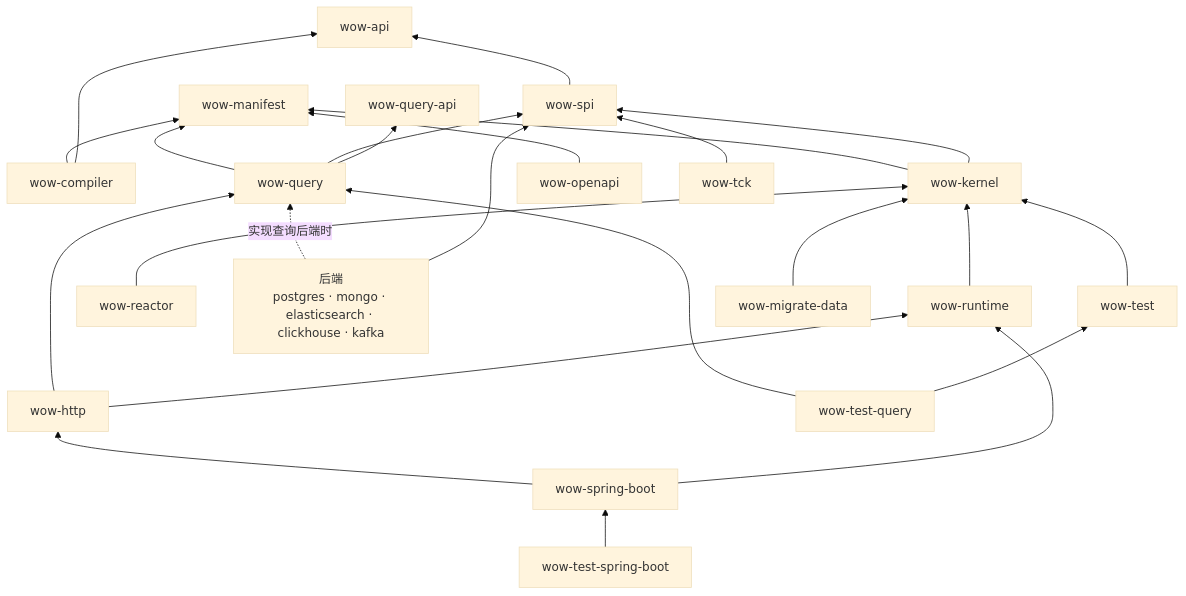
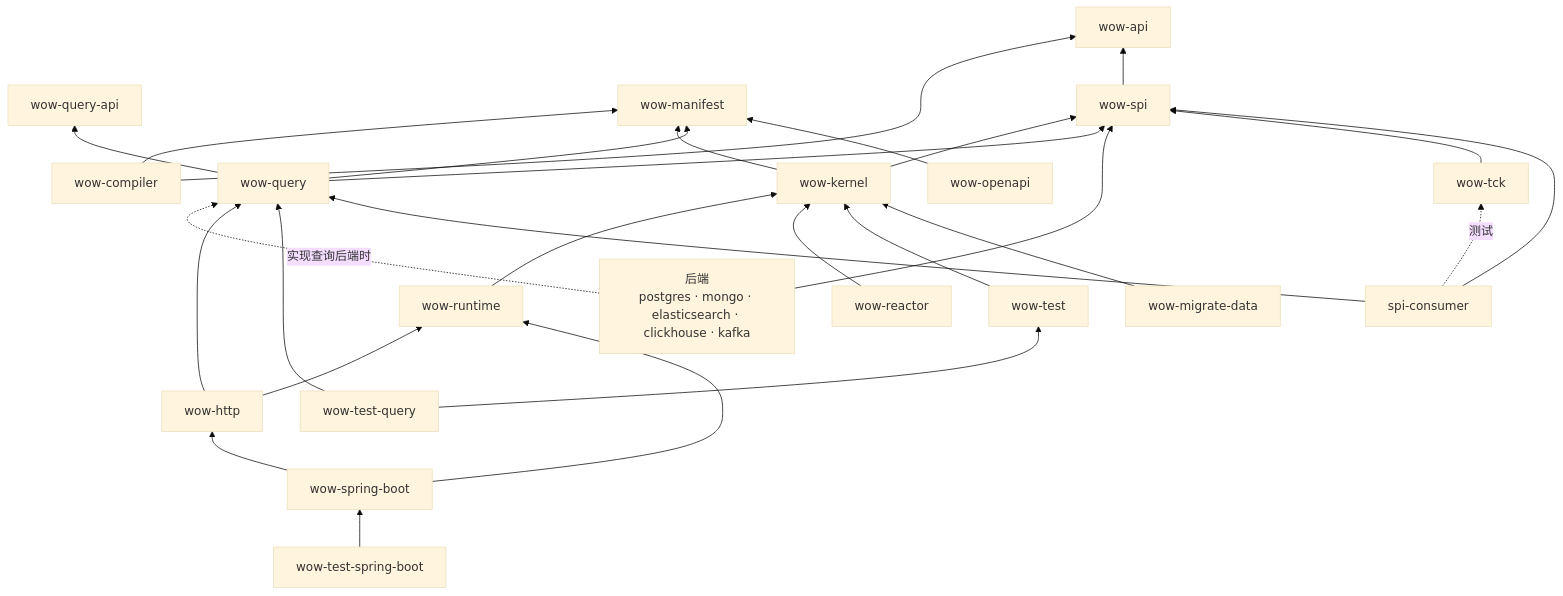
The diagram in documentation/designs/06-modules.md (Ahoo-Wang/Wow), drawn with Mermaid (base theme) before and after one commit. The commit also changed other lines of this file and 2 other files, not shown here.

Commit message:
docs(designs): D350 extension points, D351 rejections carry events, D352 kebab enums; CoSec v8 before GA

````diff
--- a/documentation/designs/06-modules.md
+++ b/documentation/designs/06-modules.md
@@ -100,23 +101,25 @@
 ```mermaid
 flowchart BT
     API[wow-api]
     QAPI[wow-query-api]
     MAN[wow-manifest]
     COMP[wow-compiler] --> API & MAN
     SPI[wow-spi] --> API
     KER[wow-kernel] --> SPI & MAN
     RT[wow-runtime] --> KER
     RX[wow-reactor] --> KER
     Q[wow-query] --> QAPI & SPI & MAN
     BE[后端<br/>postgres · mongo · elasticsearch · clickhouse · kafka] --> SPI
     BE -. 实现查询后端时 .-> Q
     HTTP[wow-http] --> RT & Q
     OAPI[wow-openapi] --> MAN
     HOST[wow-spring-boot] --> RT & HTTP
     TEST[wow-test] --> KER
     TESTQ[wow-test-query] --> TEST
     TESTQ --> Q
     TESTSB[wow-test-spring-boot] --> HOST
     TCK[wow-tck] --> SPI
+    SPIC[spi-consumer] --> SPI & Q
+    SPIC -. 测试 .-> TCK
     MIG[wow-migrate-data] --> KER
 ```
````
